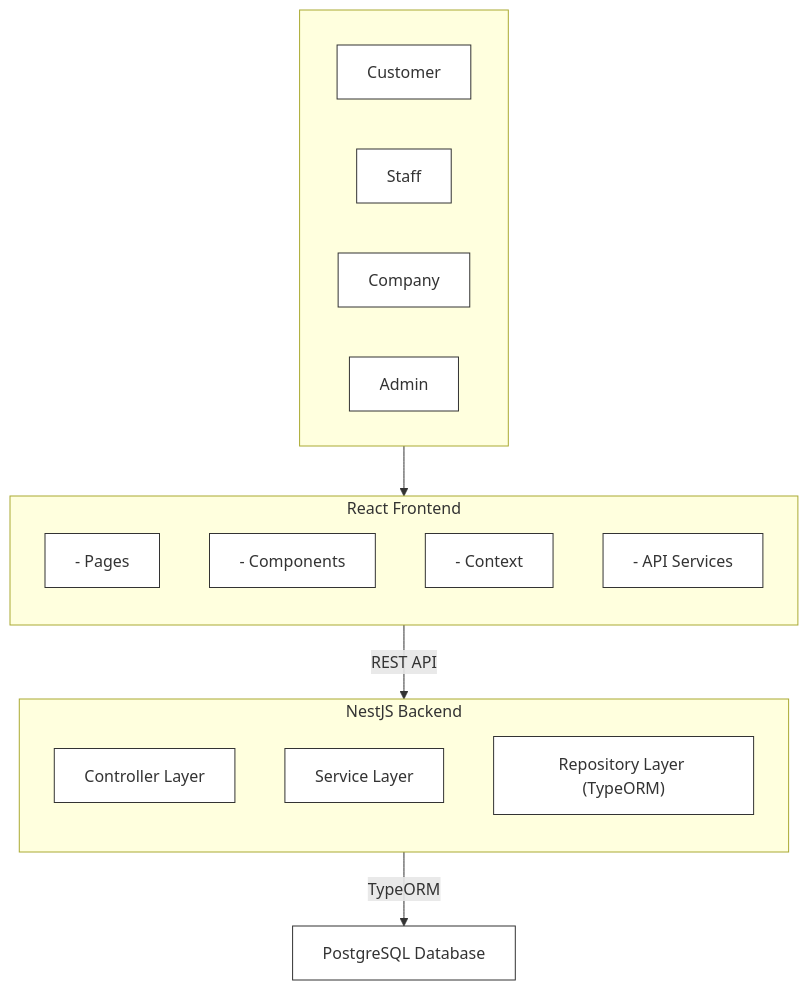
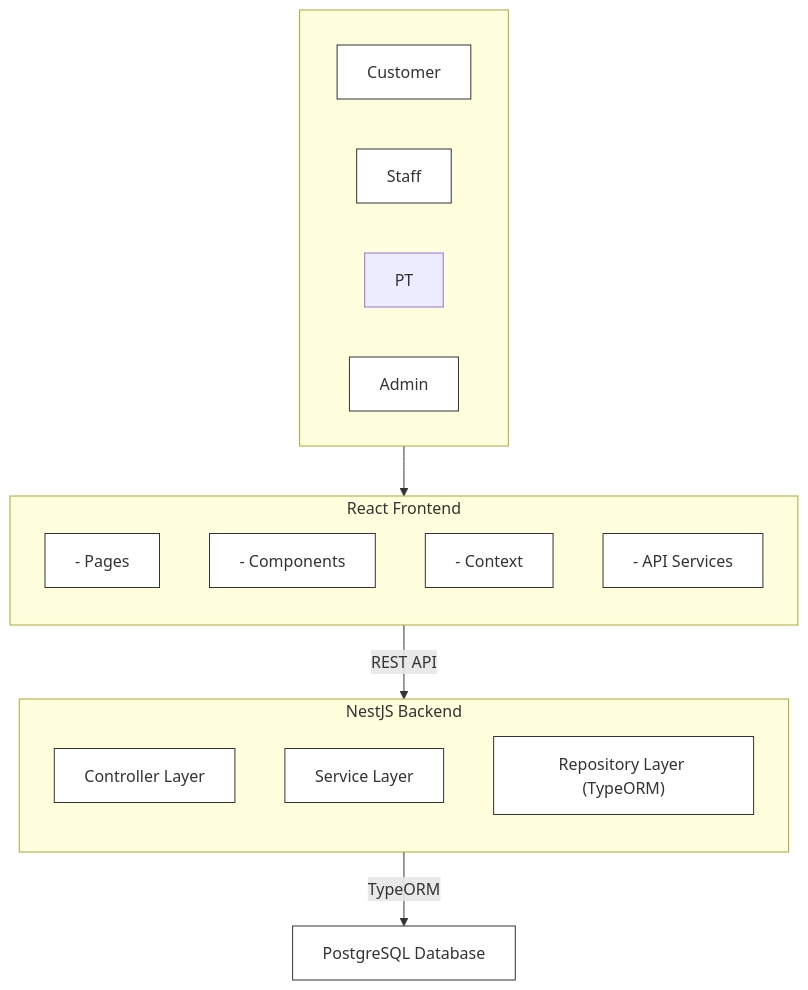
Before and after one commit to truntain/ITSS: the diagram in LT.md, drawn with Mermaid.

````diff
--- a/LT.md
+++ b/LT.md
@@ -133,43 +133,43 @@
 ```mermaid
 graph TD
     %% Định nghĩa Style để tối giản màu sắc giống slide
     classDef actorStyle fill:#ffffff,stroke:#333,stroke-width:1px;
     classDef boxStyle fill:#ffffff,stroke:#333,stroke-width:1px;
 
     %% Các Tác Nhân (Clients)
     subgraph Clients [" "]
         Customer["Customer"]
         Staff["Staff"]
-        Company["Company"]
+        PT["PT"]
         Admin["Admin"]
     end
     
     %% React Frontend
     subgraph Frontend ["React Frontend"]
         direction TB
         Pages["- Pages"]
         Components["- Components"]
         Context["- Context"]
         APIServices["- API Services"]
     end
 
     %% NestJS Backend
     subgraph Backend ["NestJS Backend"]
         direction TB
         Controller["Controller Layer"]
         Service["Service Layer"]
         Repository["Repository Layer (TypeORM)"]
     end
 
     %% Database
     Database["PostgreSQL Database"]
 
     %% Liên Kết
     Clients --> Frontend
     Frontend -- "REST API" --> Backend
     Backend -- "TypeORM" --> Database
 
     %% Áp dụng Style
     class Customer,Staff,Company,Admin actorStyle;
     class Pages,Components,Context,APIServices,Controller,Service,Repository,Database boxStyle;
 ```
````
